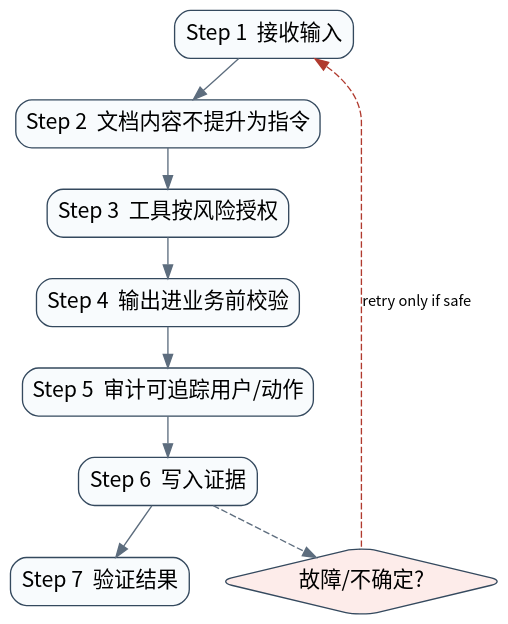
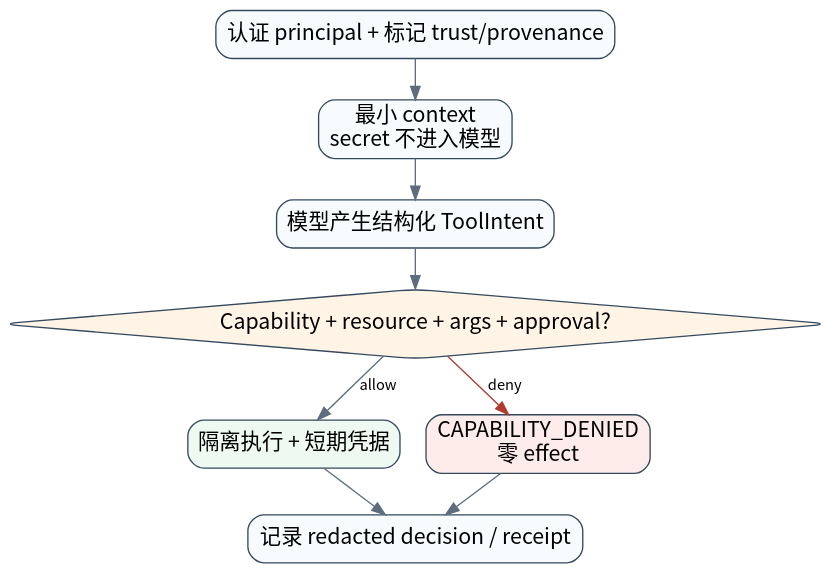
Before and after one commit to william-lbn/aiagentsystem: the diagram in book/assets/diagrams/32-security-flow.dot, drawn with Graphviz. The commit also changed 115 other files, not shown here.

```diff
--- a/book/assets/diagrams/32-security-flow.dot
+++ b/book/assets/diagrams/32-security-flow.dot
@@ -1,21 +1,19 @@
 digraph G {
 graph [rankdir=TB,bgcolor="transparent",pad="0.15",nodesep="0.28",ranksep="0.42"];
 node [shape=box,style="rounded,filled",fontname="Noto Sans CJK SC",fontsize=16,color="#34495e",fillcolor="#f8fbfd"];
 edge [fontname="Noto Sans CJK SC",fontsize=11,color="#5d6d7e"];
-s0 [label="Step 1  接收输入"];
-s1 [label="Step 2  文档内容不提升为指令"];
-s2 [label="Step 3  工具按风险授权"];
-s3 [label="Step 4  输出进业务前校验"];
-s4 [label="Step 5  审计可追踪用户/动作"];
-s5 [label="Step 6  写入证据"];
-s6 [label="Step 7  验证结果"];
-s0->s1;
-s1->s2;
-s2->s3;
-s3->s4;
-s4->s5;
-s5->s6;
-fail [shape=diamond,label="故障/不确定?",fillcolor="#fdecea"];
-s5->fail [style=dashed];
-fail->s0 [label="retry only if safe",style=dashed,color="#b03a2e"];
+label [label="认证 principal + 标记 trust/provenance"];
+project [label="最小 context\nsecret 不进入模型"];
+intent [label="模型产生结构化 ToolIntent"];
+authorize [shape=diamond,label="Capability + resource + args + approval?",fillcolor="#fff4e6"];
+execute [label="隔离执行 + 短期凭据",fillcolor="#eef9f1"];
+deny [label="CAPABILITY_DENIED\n零 effect",fillcolor="#fdecea"];
+audit [label="记录 redacted decision / receipt"];
+label->project;
+project->intent;
+intent->authorize;
+authorize->execute [label="allow"];
+authorize->deny [label="deny",color="#b03a2e"];
+execute->audit;
+deny->audit;
 }
```
